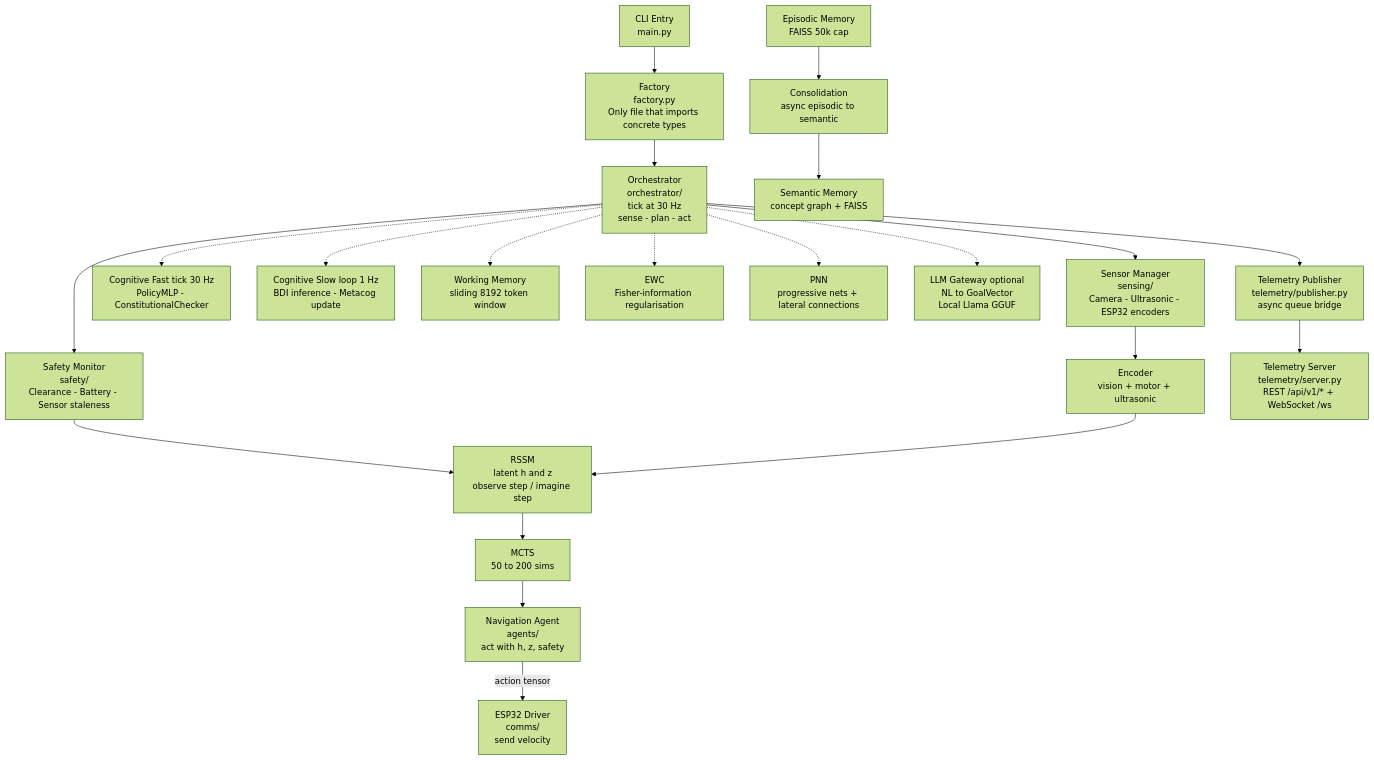
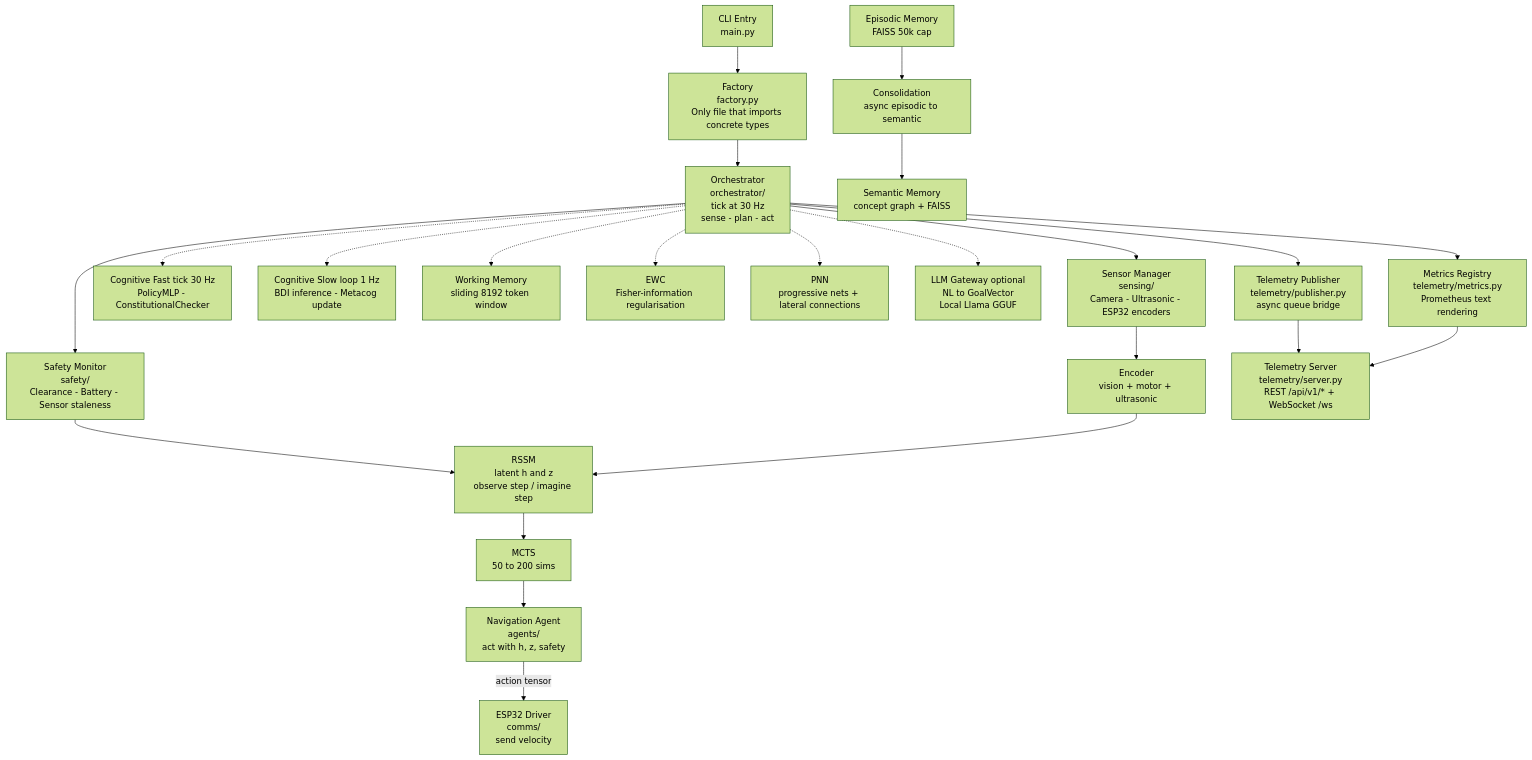
Before and after one commit to ianshank/Mouse-Droid-AGI: the third of 9 diagrams in docs/architecture.md, drawn with Mermaid (forest theme). The commit also changed other lines of this file and 19 other files, not shown here.

Commit message:
feat(telemetry): add metrics endpoint, branch coverage gate, and PR docs refresh

````diff
--- a/docs/architecture.md
+++ b/docs/architecture.md
@@ -91,46 +97,49 @@
 ```mermaid
 graph TD
     CLI["CLI Entry\nmain.py"]
     Factory["Factory\nfactory.py\nOnly file that imports concrete types"]
     Orchestrator["Orchestrator\norchestrator/\ntick at 30 Hz\nsense - plan - act"]
     SensorMgr["Sensor Manager\nsensing/\nCamera - Ultrasonic - ESP32 encoders"]
     SafetyMon["Safety Monitor\nsafety/\nClearance - Battery - Sensor staleness"]
     Encoder["Encoder\nvision + motor + ultrasonic"]
     RSSM["RSSM\nlatent h and z\nobserve step / imagine step"]
     MCTS["MCTS\n50 to 200 sims"]
     NavAgent["Navigation Agent\nagents/\nact with h, z, safety"]
     ESP32Driver["ESP32 Driver\ncomms/\nsend velocity"]
     FastTick["Cognitive Fast tick 30 Hz\nPolicyMLP - ConstitutionalChecker"]
     SlowLoop["Cognitive Slow loop 1 Hz\nBDI inference - Metacog update"]
     WorkingMem["Working Memory\nsliding 8192 token window"]
     EpisodicMem["Episodic Memory\nFAISS 50k cap"]
     SemanticMem["Semantic Memory\nconcept graph + FAISS"]
     Consolidation["Consolidation\nasync episodic to semantic"]
     EWC["EWC\nFisher-information regularisation"]
     PNN["PNN\nprogressive nets + lateral connections"]
     LLM["LLM Gateway optional\nNL to GoalVector\nLocal Llama GGUF"]
 
     TelemetryPub2["Telemetry Publisher\ntelemetry/publisher.py\nasync queue bridge"]
+    MetricsReg2["Metrics Registry\ntelemetry/metrics.py\nPrometheus text rendering"]
     TelemetryServer2["Telemetry Server\ntelemetry/server.py\nREST /api/v1/* + WebSocket /ws"]
 
     CLI --> Factory
     Factory --> Orchestrator
     Orchestrator --> SensorMgr
     Orchestrator --> SafetyMon
     SensorMgr --> Encoder
     SafetyMon --> RSSM
     Encoder --> RSSM
     RSSM --> MCTS
     MCTS --> NavAgent
     NavAgent -- "action tensor" --> ESP32Driver
     Orchestrator -.-> FastTick
     Orchestrator -.-> SlowLoop
     Orchestrator -.-> WorkingMem
     Orchestrator -.-> LLM
     EpisodicMem --> Consolidation
     Consolidation --> SemanticMem
     Orchestrator -.-> EWC
     Orchestrator -.-> PNN
     Orchestrator --> TelemetryPub2
+    Orchestrator --> MetricsReg2
     TelemetryPub2 --> TelemetryServer2
+    MetricsReg2 --> TelemetryServer2
 ```
````
